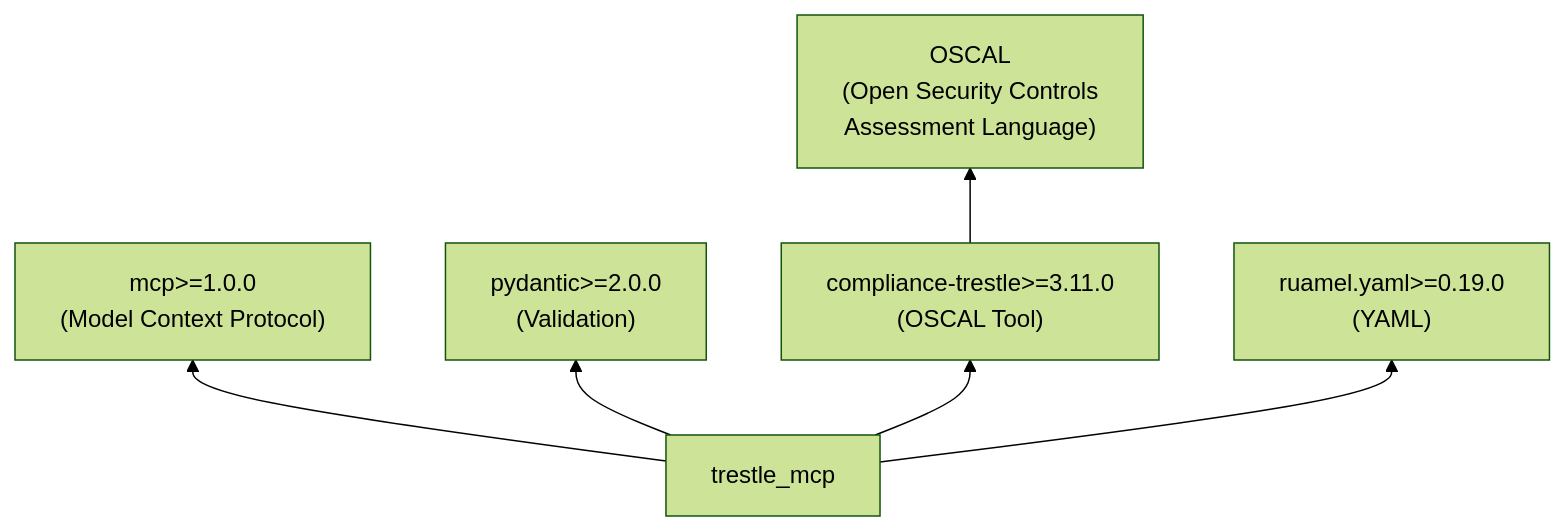
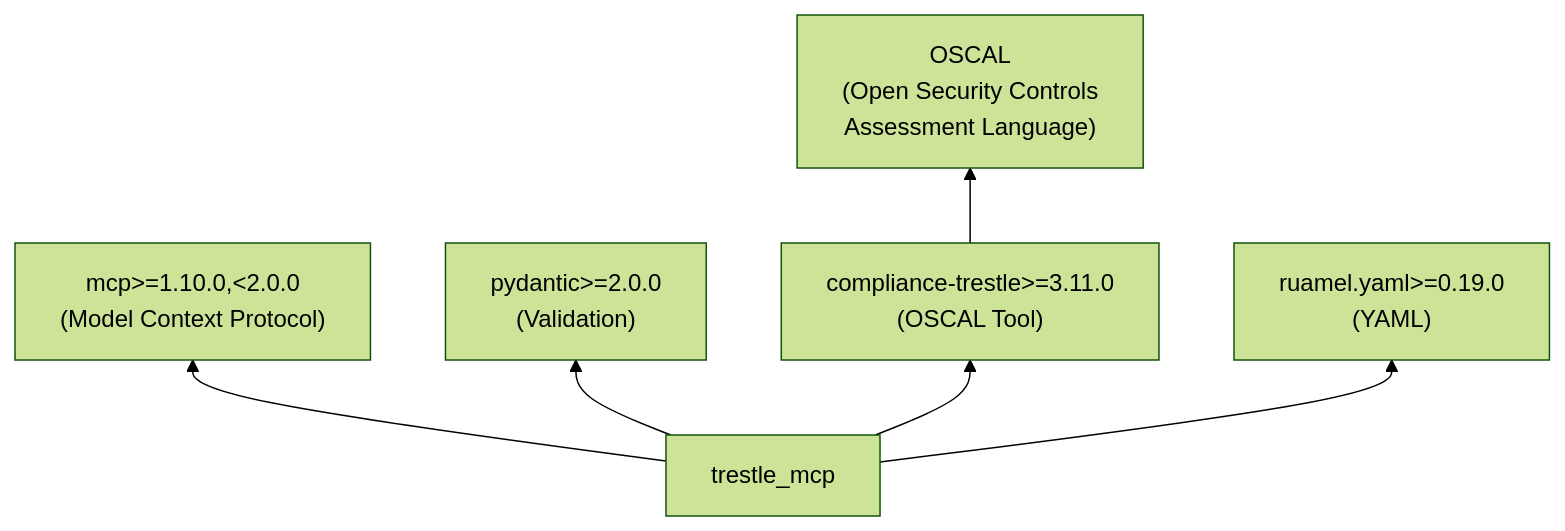
The fourth of 4 diagrams in docs/architecture.md (oscal-compass/compliance-trestle-mcp), drawn with Mermaid (forest theme) before and after one commit. The commit also changed other lines of this file, not shown here.

First line of the commit message:
docs: bring the architecture page back in line with the code

````diff
--- a/docs/architecture.md
+++ b/docs/architecture.md
@@ -122,8 +163,8 @@
 ```mermaid
 graph BT
-    trestle_mcp --> mcp["mcp>=1.0.0\n(Model Context Protocol)"]
+    trestle_mcp --> mcp["mcp>=1.10.0,<2.0.0\n(Model Context Protocol)"]
     trestle_mcp --> pydantic["pydantic>=2.0.0\n(Validation)"]
     trestle_mcp --> compliance_trestle["compliance-trestle>=3.11.0\n(OSCAL Tool)"]
     trestle_mcp --> ruamel["ruamel.yaml>=0.19.0\n(YAML)"]
     compliance_trestle --> oscal["OSCAL\n(Open Security Controls\nAssessment Language)"]
 ```
````
